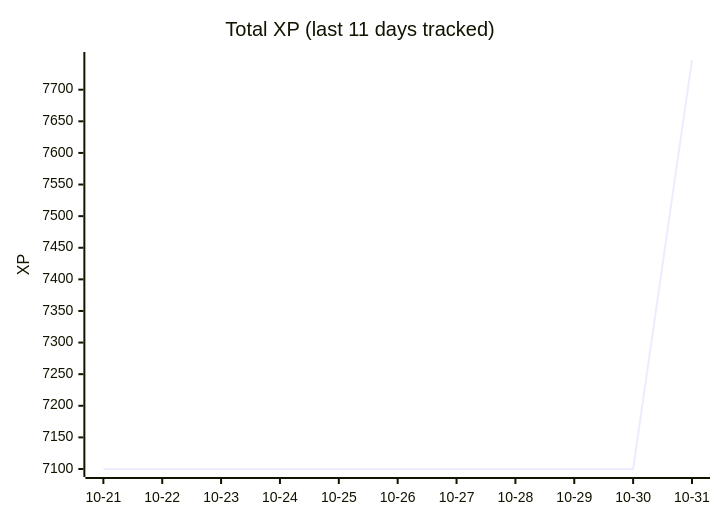
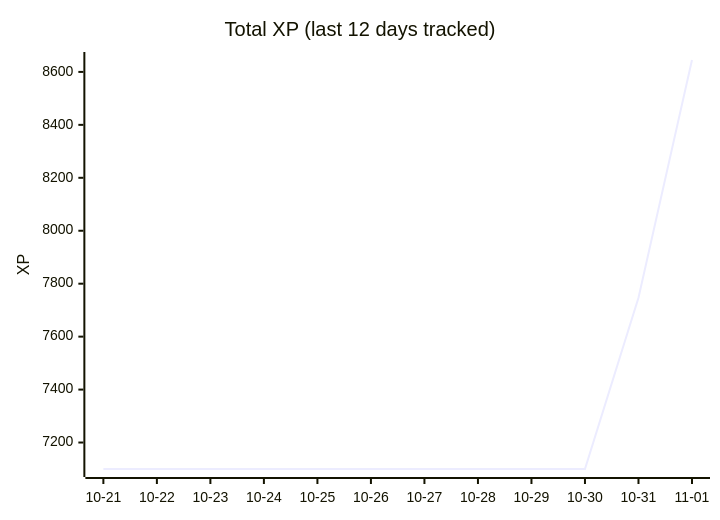
Before and after one commit to ASR222/bootdev-progress: the diagram in README.md, drawn with Mermaid. The commit also changed other lines of this file and 2 other files, not shown here.

Commit message:
Boot.dev progress: 2026-10-31

````diff
--- a/README.md
+++ b/README.md
@@ -14,7 +14,7 @@
 ```mermaid
 xychart-beta
-    title "Total XP (last 11 days tracked)"
-    x-axis ["10-21", "10-22", "10-23", "10-24", "10-25", "10-26", "10-27", "10-28", "10-29", "10-30", "10-31"]
+    title "Total XP (last 12 days tracked)"
+    x-axis ["10-21", "10-22", "10-23", "10-24", "10-25", "10-26", "10-27", "10-28", "10-29", "10-30", "10-31", "11-01"]
     y-axis "XP"
-    line [7100, 7100, 7100, 7100, 7100, 7100, 7100, 7100, 7100, 7100, 7747]
+    line [7100, 7100, 7100, 7100, 7100, 7100, 7100, 7100, 7100, 7100, 7747, 8645]
 ```
````
